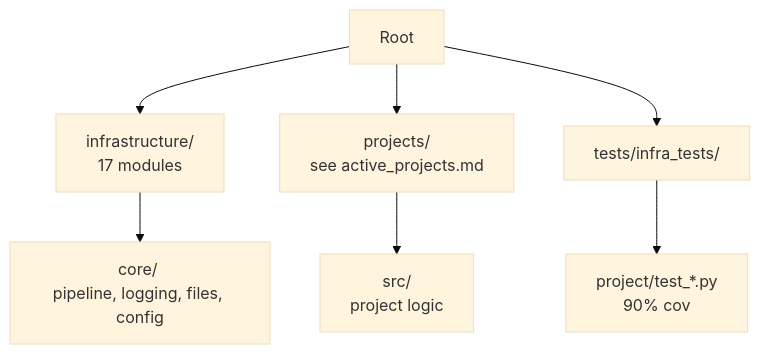
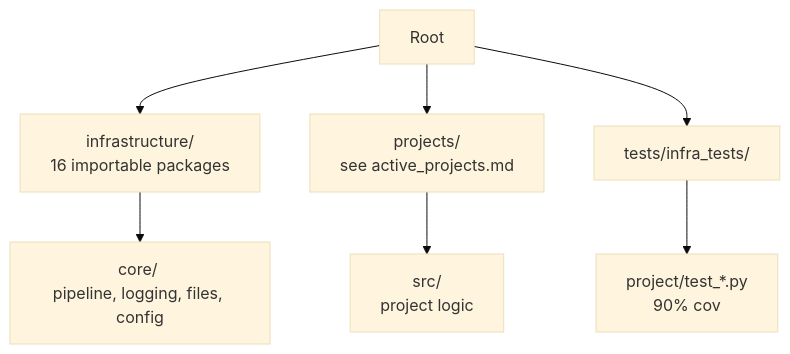
Before and after one commit to docxology/template: the diagram in docs/_generated/canonical_facts.md, drawn with Mermaid (base theme). The commit also changed other lines of this file and 952 other files, not shown here.

````diff
--- a/docs/_generated/canonical_facts.md
+++ b/docs/_generated/canonical_facts.md
@@ -161,9 +168,9 @@
 ```mermaid
 flowchart TD
-    Root[Root] --> Infra[infrastructure/ <br/>17 modules]
+    Root[Root] --> Infra[infrastructure/ <br/>16 importable packages]
     Root --> Projects[projects/ <br/>see active_projects.md]
     Root --> Tests[tests/infra_tests/]
     Infra --> Core[core/ <br/>pipeline, logging, files, config]
     Projects --> Src[src/ <br/>project logic]
     Tests --> ProjectTests[project/test_*.py <br/>90% cov]
 ```
````
